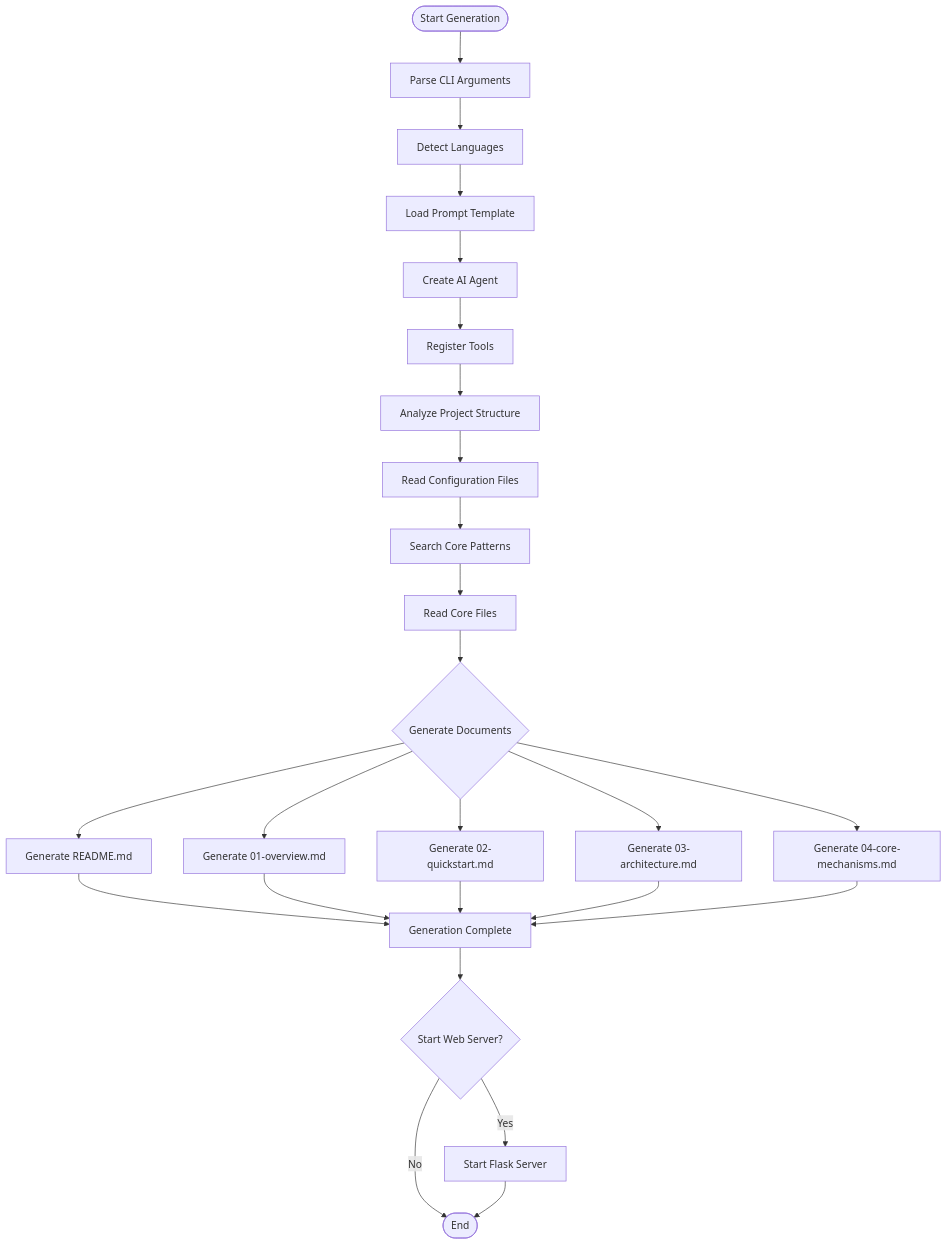
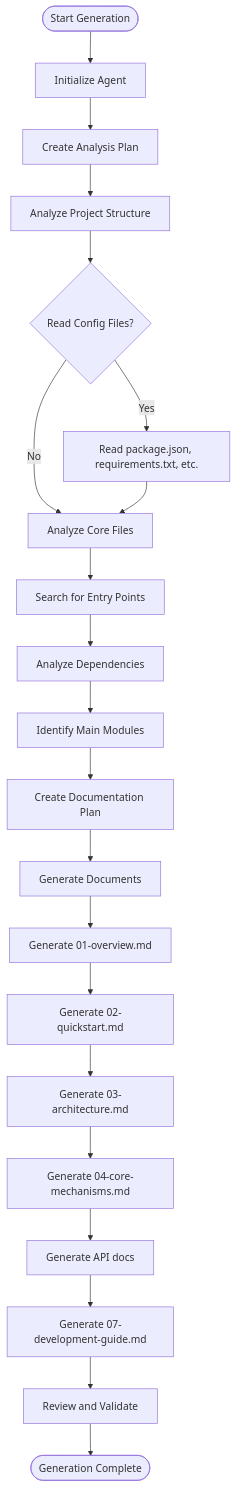
Before and after one commit to dean2021/codeviewx: the third of 4 diagrams in docs/en/03-architecture.md, drawn with Mermaid. The commit also changed other lines of this file and 5 other files, not shown here.

First line of the commit message:
docs: Update documentation structure and include additional files for CodeViewX

````diff
--- a/docs/en/03-architecture.md
+++ b/docs/en/03-architecture.md
@@ -226,31 +265,28 @@
 ```mermaid
 flowchart TD
-    START([Start Generation]) --> PARSE[Parse CLI Arguments]
-    PARSE --> DETECT[Detect Languages]
-    DETECT --> LOAD[Load Prompt Template]
-    LOAD --> CREATE[Create AI Agent]
-    CREATE --> REGISTER[Register Tools]
-    REGISTER --> ANALYZE[Analyze Project Structure]
+    START([Start Generation]) --> INIT[Initialize Agent]
+    INIT --> PLAN[Create Analysis Plan]
+    PLAN --> ANALYZE[Analyze Project Structure]
     
-    ANALYZE --> READ_CONFIG[Read Configuration Files]
-    READ_CONFIG --> SEARCH_CODE[Search Core Patterns]
-    SEARCH_CODE --> READ_FILES[Read Core Files]
-    READ_FILES --> GENERATE{Generate Documents}
+    ANALYZE --> CONFIG{Read Config Files?}
+    CONFIG -->|Yes| CONFIG_FILES[Read package.json, requirements.txt, etc.]
+    CONFIG -->|No| CORE[Analyze Core Files]
     
-    GENERATE --> README[Generate README.md]
-    GENERATE --> OVERVIEW[Generate 01-overview.md]
-    GENERATE --> QUICKSTART[Generate 02-quickstart.md]
-    GENERATE --> ARCH[Generate 03-architecture.md]
-    GENERATE --> CORE[Generate 04-core-mechanisms.md]
+    CONFIG_FILES --> CORE
+    CORE --> SEARCH[Search for Entry Points]
+    SEARCH --> DEPS[Analyze Dependencies]
+    DEPS --> MODULES[Identify Main Modules]
     
-    README --> COMPLETE[Generation Complete]
-    OVERVIEW --> COMPLETE
-    QUICKSTART --> COMPLETE
-    ARCH --> COMPLETE
-    CORE --> COMPLETE
+    MODULES --> GEN_PLAN[Create Documentation Plan]
+    GEN_PLAN --> GEN_DOCS[Generate Documents]
     
-    COMPLETE --> SERVE{Start Web Server?}
-    SERVE -->|Yes| WEB[Start Flask Server]
-    SERVE -->|No| END([End])
-    WEB --> END
+    GEN_DOCS --> OVERVIEW[Generate 01-overview.md]
+    OVERVIEW --> QUICKSTART[Generate 02-quickstart.md]
+    QUICKSTART --> ARCH[Generate 03-architecture.md]
+    ARCH --> CORE_MECH[Generate 04-core-mechanisms.md]
+    CORE_MECH --> API[Generate API docs]
+    API --> DEV_GUIDE[Generate 07-development-guide.md]
+    
+    DEV_GUIDE --> REVIEW[Review and Validate]
+    REVIEW --> DONE([Generation Complete])
 ```
````
